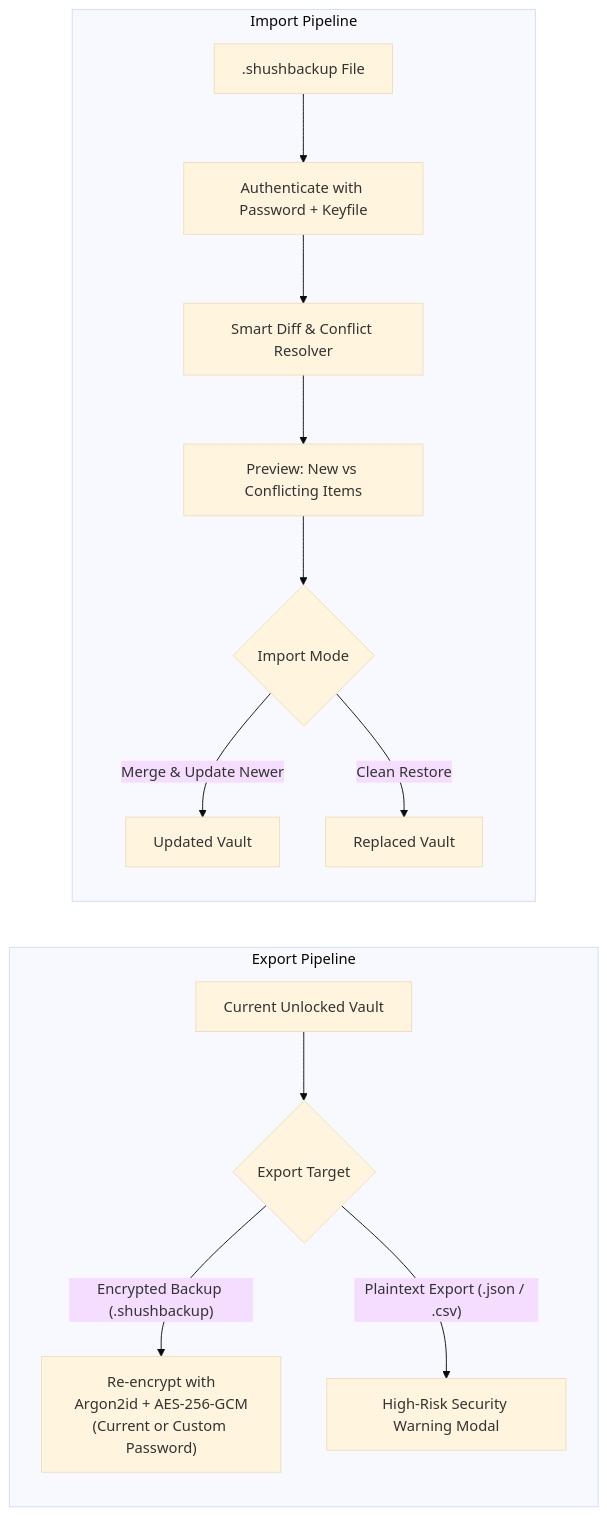
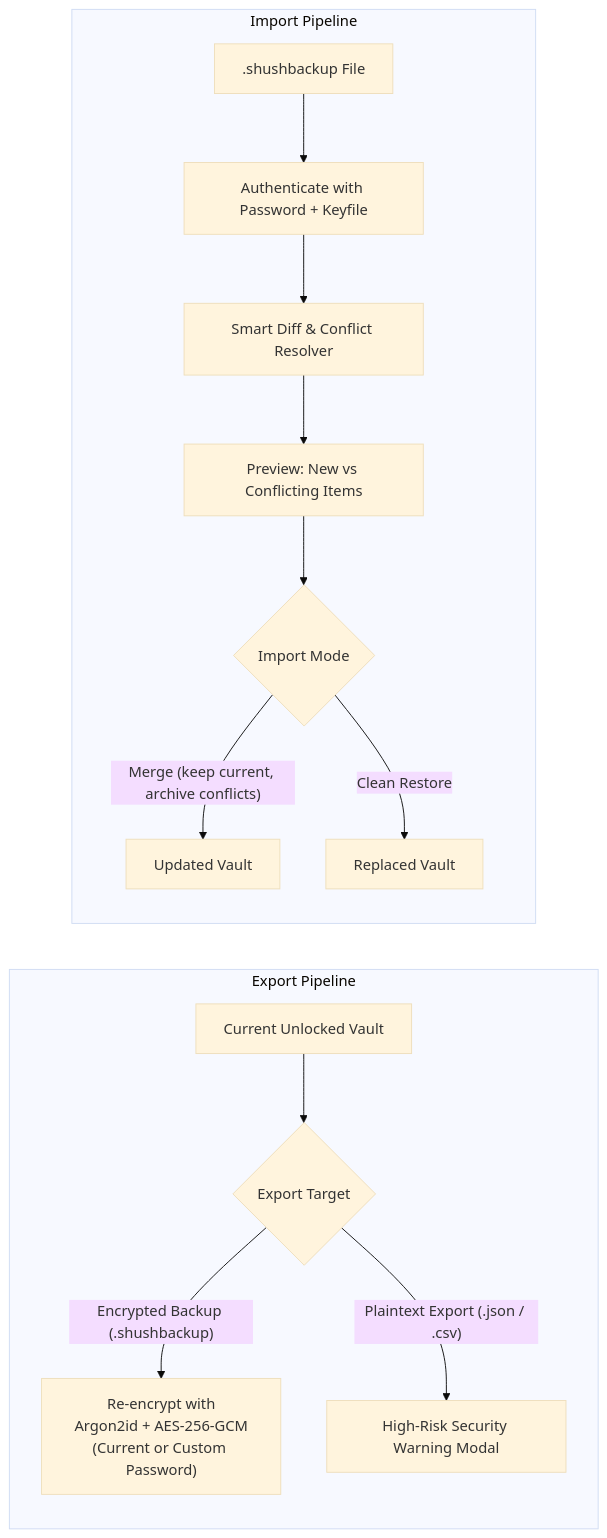
The second of 4 diagrams in docs/spec/master-specification.md (kash-talel/shush), drawn with Mermaid (base theme) before and after one commit. The commit also changed other lines of this file and 12 other files, not shown here.

````diff
--- a/docs/spec/master-specification.md
+++ b/docs/spec/master-specification.md
@@ -425,17 +433,17 @@
 ```mermaid
 flowchart LR
     subgraph Export Pipeline
         VaultState["Current Unlocked Vault"] --> ExportChoice{"Export Target"}
         ExportChoice -->|"Encrypted Backup (.shushbackup)"| EncryptBackup["Re-encrypt with\nArgon2id + AES-256-GCM\n(Current or Custom Password)"]
         ExportChoice -->|"Plaintext Export (.json / .csv)"| WarningModal["High-Risk Security Warning Modal"]
     end
 
     subgraph Import Pipeline
         BackupFile[".shushbackup File"] --> UnlockBackup["Authenticate with Password + Keyfile"]
         UnlockBackup --> DiffEngine["Smart Diff & Conflict Resolver"]
         DiffEngine --> Preview["Preview: New vs Conflicting Items"]
         Preview --> ApplyMerge{"Import Mode"}
-        ApplyMerge -->|"Merge & Update Newer"| MergedVault["Updated Vault"]
+        ApplyMerge -->|"Merge (keep current, archive conflicts)"| MergedVault["Updated Vault"]
         ApplyMerge -->|"Clean Restore"| ReplacedVault["Replaced Vault"]
     end
 ```
````
